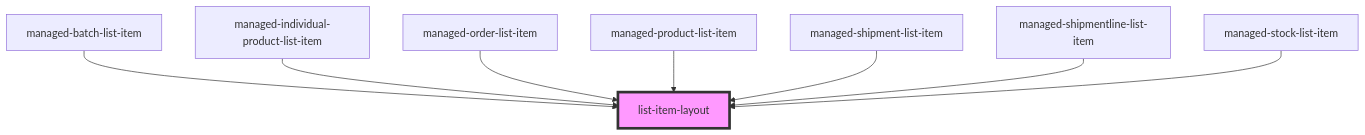
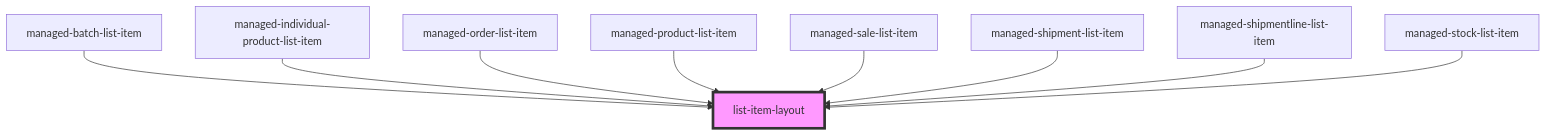
One commit to PharmaLedger-IMI/fgt-workspace changed the diagram in pdm-web-components/src/components/list-item-layout/readme.md. Above: the diagram before and after it, drawn with Mermaid. The commit also changed other lines of this file and 48 other files, not shown here.

````diff
--- a/pdm-web-components/src/components/list-item-layout/readme.md
+++ b/pdm-web-components/src/components/list-item-layout/readme.md
@@ -31,11 +32,12 @@
 ```mermaid
 graph TD;
   managed-batch-list-item --> list-item-layout
   managed-individual-product-list-item --> list-item-layout
   managed-order-list-item --> list-item-layout
   managed-product-list-item --> list-item-layout
+  managed-sale-list-item --> list-item-layout
   managed-shipment-list-item --> list-item-layout
   managed-shipmentline-list-item --> list-item-layout
   managed-stock-list-item --> list-item-layout
   style list-item-layout fill:#f9f,stroke:#333,stroke-width:4px
 ```
````
